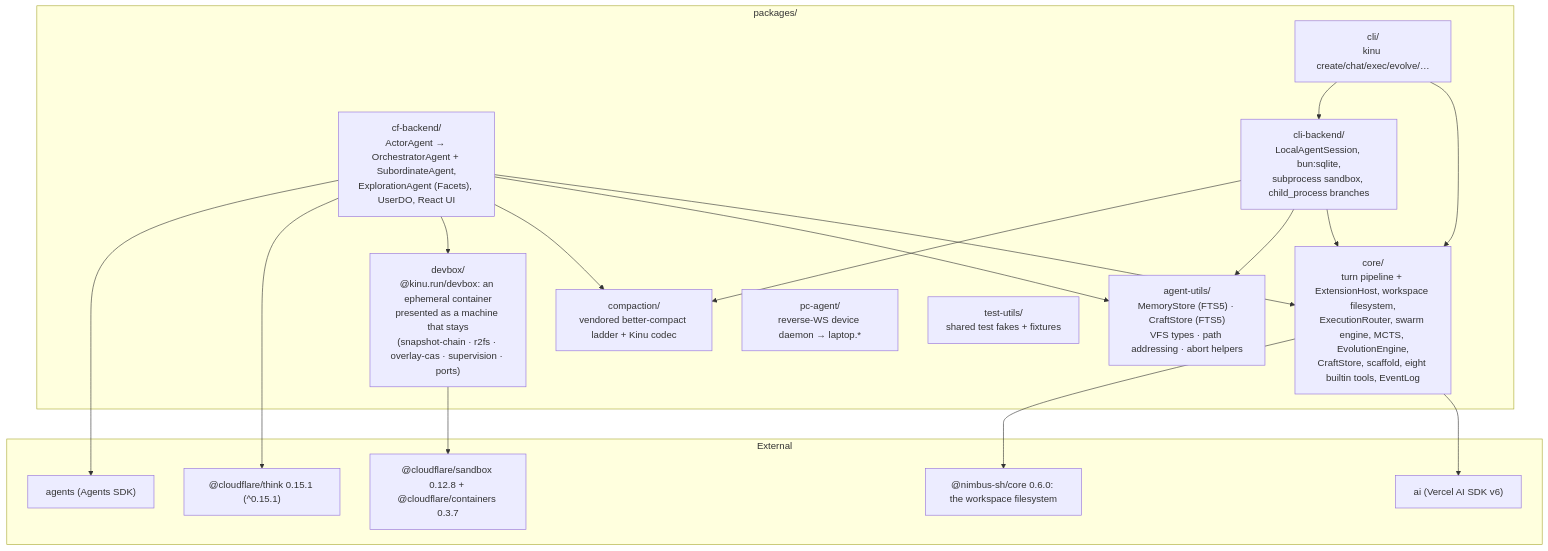
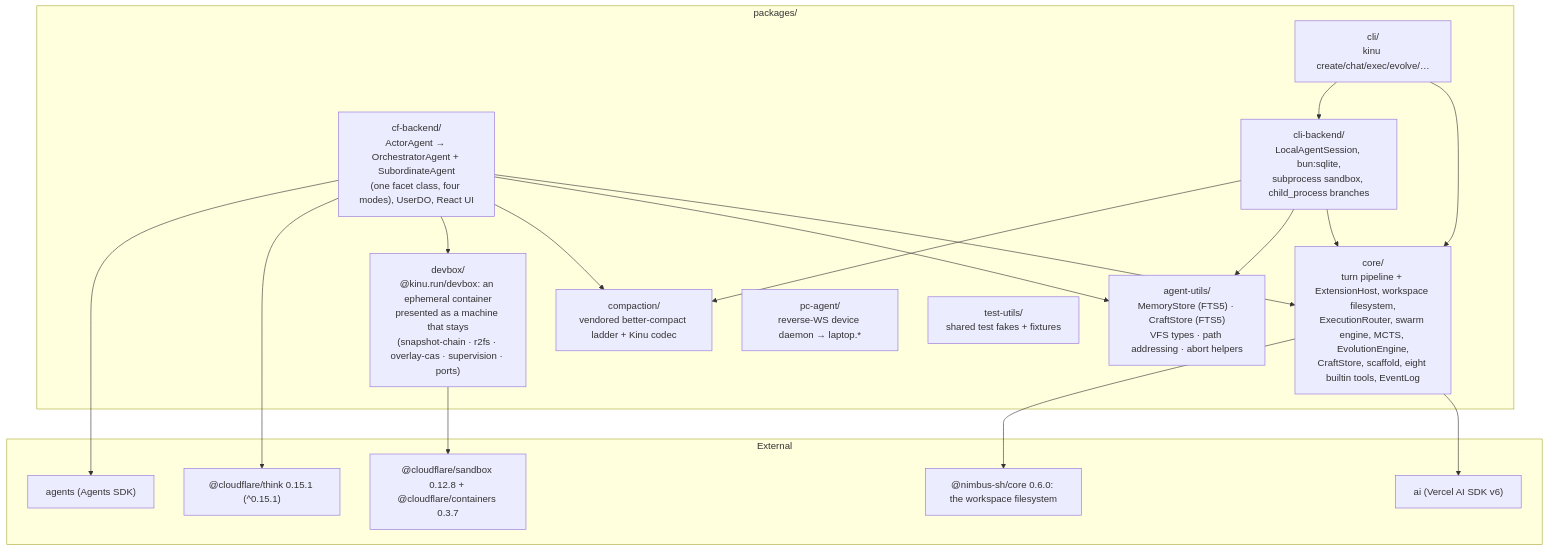
Before and after one commit to AshishKumar4/kinu: the fifth of 5 diagrams in docs/ARCHITECTURE.md, drawn with Mermaid. The commit also changed other lines of this file and 66 other files, not shown here.

````diff
--- a/docs/ARCHITECTURE.md
+++ b/docs/ARCHITECTURE.md
@@ -441,38 +457,38 @@
 ```mermaid
 graph TB
     subgraph pkgs["packages/"]
         Core["core/<br/>turn pipeline + ExtensionHost, workspace filesystem,<br/>ExecutionRouter, swarm engine, MCTS, EvolutionEngine,<br/>CraftStore, scaffold, eight builtin tools, EventLog"]
         Utils["agent-utils/<br/>MemoryStore (FTS5) · CraftStore (FTS5)<br/>VFS types · path addressing · abort helpers"]
         Compact["compaction/<br/>vendored better-compact ladder + Kinu codec"]
         Devbox["devbox/<br/>@kinu.run/devbox: an ephemeral container<br/>presented as a machine that stays<br/>(snapshot-chain · r2fs · overlay-cas · supervision · ports)"]
-        CF["cf-backend/<br/>ActorAgent → OrchestratorAgent + SubordinateAgent,<br/>ExplorationAgent (Facets), UserDO, React UI"]
+        CF["cf-backend/<br/>ActorAgent → OrchestratorAgent + SubordinateAgent<br/>(one facet class, four modes), UserDO, React UI"]
         CLI["cli/<br/>kinu create/chat/exec/evolve/…"]
         CLIB["cli-backend/<br/>LocalAgentSession, bun:sqlite,<br/>subprocess sandbox, child_process branches"]
         PC["pc-agent/<br/>reverse-WS device daemon → laptop.*"]
         TU["test-utils/<br/>shared test fakes + fixtures"]
     end
 
     CF --> Core
     CF --> Utils
     CF --> Compact
     CF --> Devbox
     CLI --> Core
     CLI --> CLIB
     CLIB --> Core
     CLIB --> Utils
     CLIB --> Compact
 
     subgraph ext["External"]
         Think["@cloudflare/think 0.15.1 (^0.15.1)"]
         Agents["agents (Agents SDK)"]
         AISDK["ai (Vercel AI SDK v6)"]
         Nimbus["@nimbus-sh/core 0.6.0: the workspace filesystem"]
         Sandbox["@cloudflare/sandbox 0.12.8 + @cloudflare/containers 0.3.7"]
     end
 
     CF --> Think
     CF --> Agents
     Core --> AISDK
     Core --> Nimbus
     Devbox --> Sandbox
 ```
````
